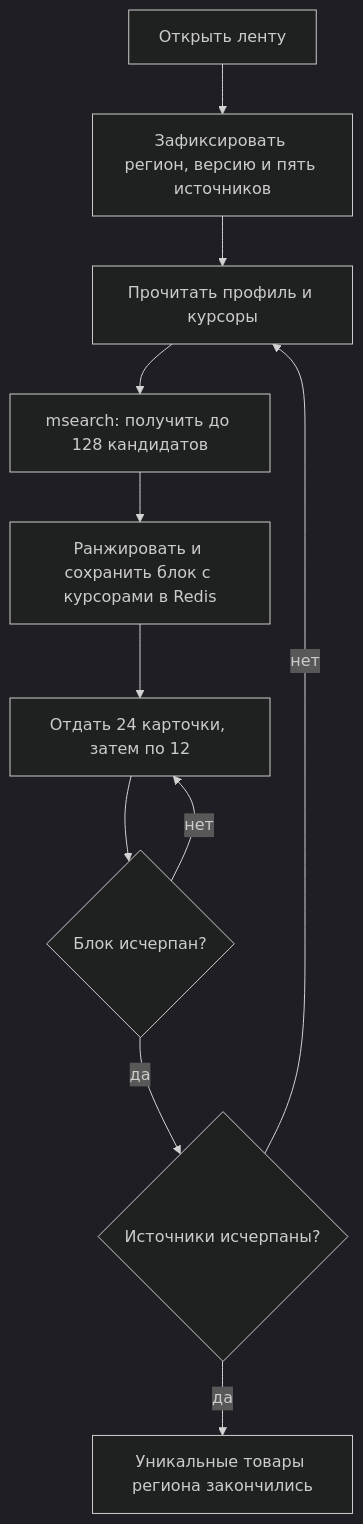
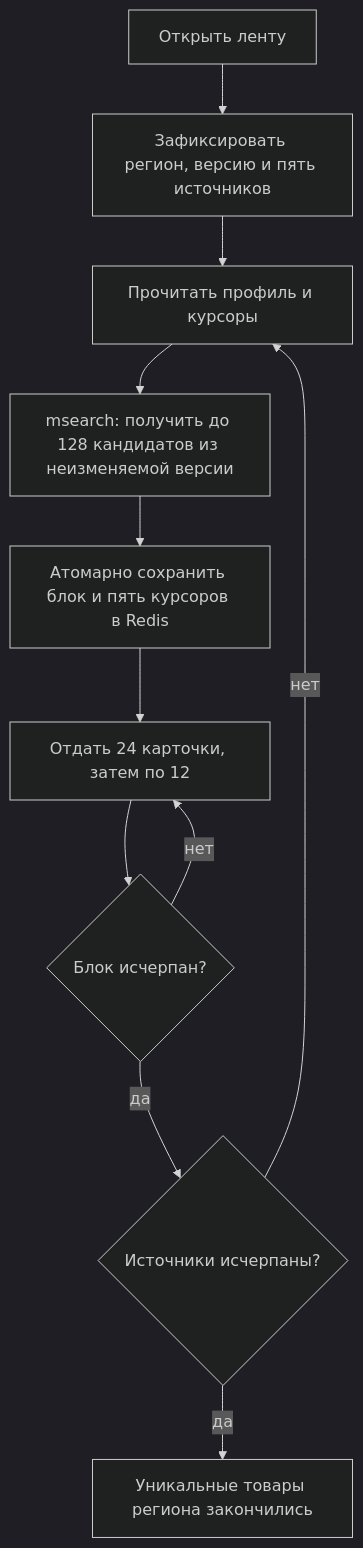
One commit to amklimenkov752/tp_highload_2026 changed the seventh of 9 diagrams in README.md. Above: the diagram before and after it, drawn with Mermaid (dark theme). The commit also changed other lines of this file, not shown here.

````diff
--- a/README.md
+++ b/README.md
@@ -1203,13 +1204,13 @@
 ```mermaid
 flowchart TD
     A[Открыть ленту] --> B[Зафиксировать регион, версию и пять источников]
     B --> C[Прочитать профиль и курсоры]
-    C --> D[msearch: получить до 128 кандидатов]
-    D --> E[Ранжировать и сохранить блок с курсорами в Redis]
+    C --> D[msearch: получить до 128 кандидатов из неизменяемой версии]
+    D --> E[Атомарно сохранить блок и пять курсоров в Redis]
     E --> F[Отдать 24 карточки, затем по 12]
     F --> G{Блок исчерпан?}
     G -- нет --> F
     G -- да --> H{Источники исчерпаны?}
     H -- нет --> C
     H -- да --> I[Уникальные товары региона закончились]
 ```
````
